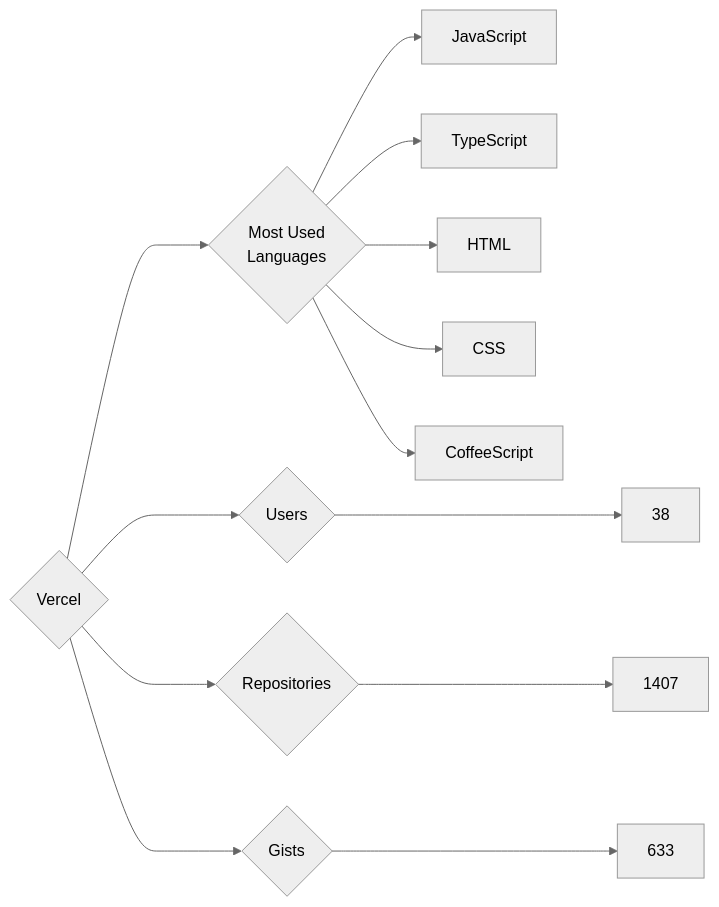
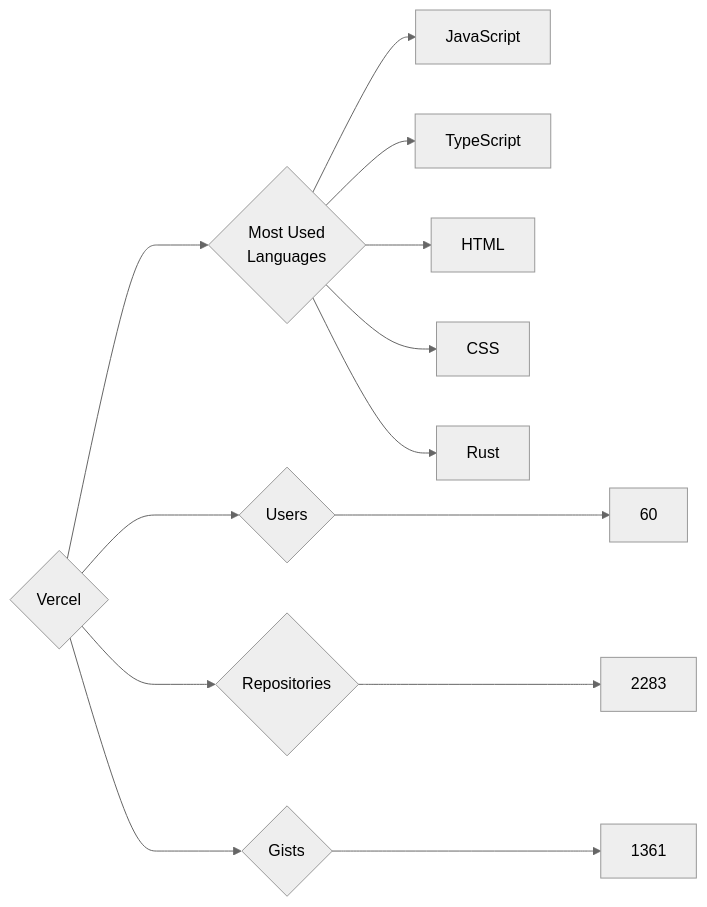
Before and after one commit to trickest/insiders: the diagram in targets/Vercel/README.md, drawn with Mermaid (neutral theme). The commit also changed 912 other files, not shown here.

````diff
--- a/targets/Vercel/README.md
+++ b/targets/Vercel/README.md
@@ -3,13 +3,13 @@
 ```mermaid
 graph LR
 COMPANY_NAME{Vercel}
-COMPANY_NAME ---> U{Users} ---> UN[38]
-COMPANY_NAME ---> R{Repositories} ---> RN[1407]
-COMPANY_NAME ---> G{Gists} ---> GN[633]
+COMPANY_NAME ---> U{Users} ---> UN[60]
+COMPANY_NAME ---> R{Repositories} ---> RN[2283]
+COMPANY_NAME ---> G{Gists} ---> GN[1361]
 COMPANY_NAME ---> ML{Most Used<br>Languages}
 ML --> JavaScript[JavaScript]
 ML --> TypeScript[TypeScript]
 ML --> HTML[HTML]
 ML --> CSS[CSS]
-ML --> CoffeeScript[CoffeeScript]
+ML --> Rust[Rust]
 ```
````
